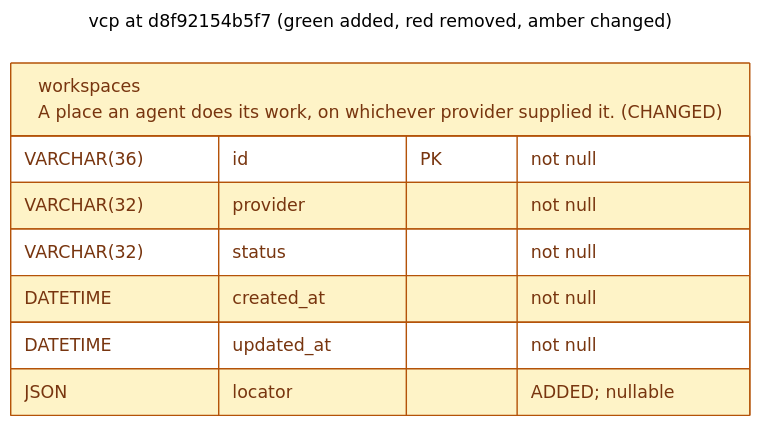
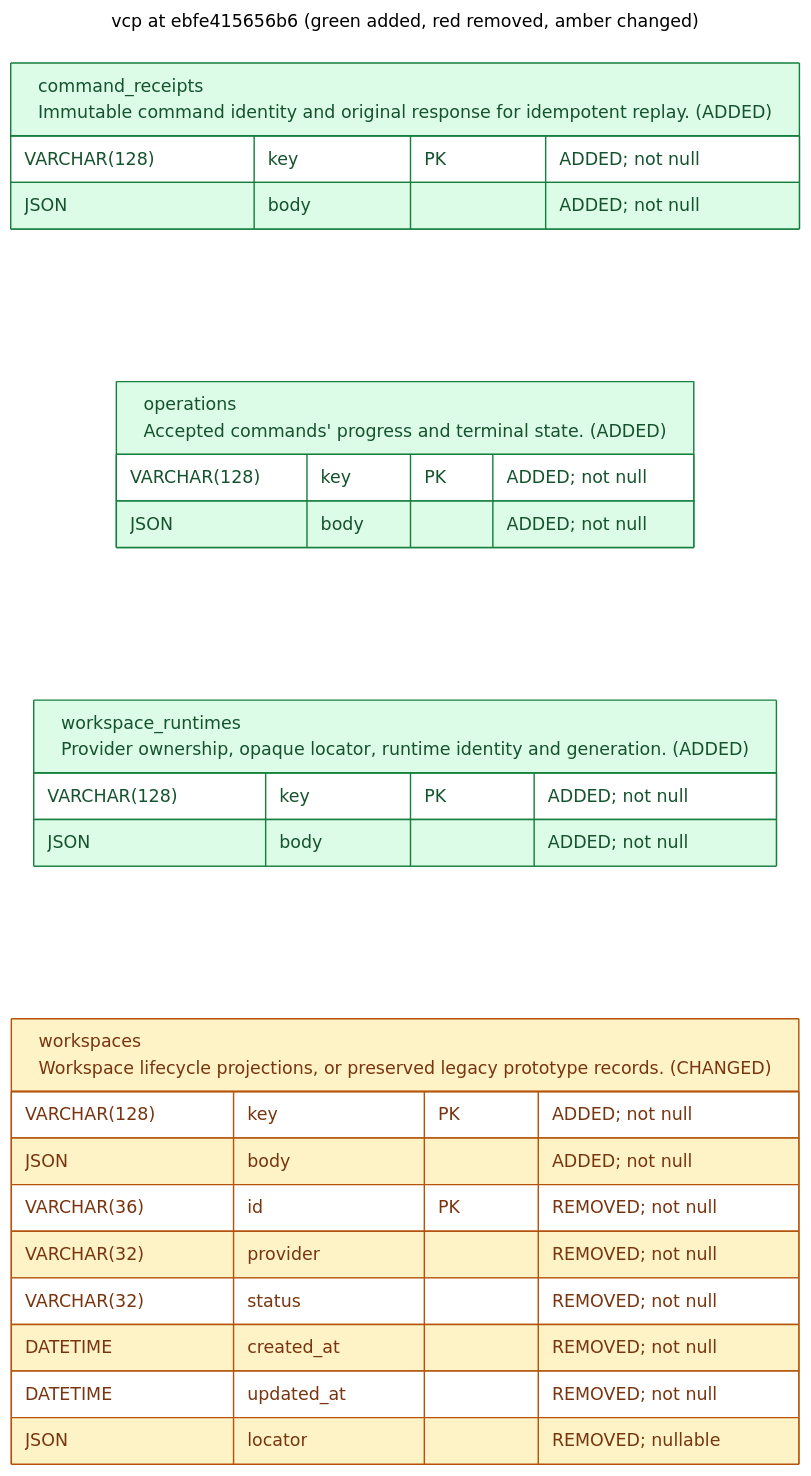
The diagram in v2/docs/schema/latest_vcp.mermaid (OpenEngine/OpenEngine), drawn with Mermaid before and after one commit. The commit also changed 20 other files, not shown here.

Commit message:
feat(v2-vcp): finish four-table lifecycle persistence

```diff
--- a/v2/docs/schema/latest_vcp.mermaid
+++ b/v2/docs/schema/latest_vcp.mermaid
@@ -1,22 +1,39 @@
 ---
-title: vcp at d8f92154b5f7 (green added, red removed, amber changed)
+title: vcp at ebfe415656b6 (green added, red removed, amber changed)
 config:
   theme: neutral
 ---
 erDiagram
     direction LR
     %% REMOVED tables/columns are tombstones, absent from this revision's schema.
     %% Column changes include type, nullability, default and key membership.
     %% Table changes also include indexes and constraints.
     classDef added fill:#dcfce7,stroke:#15803d,color:#14532d
     classDef removed fill:#fee2e2,stroke:#b91c1c,color:#7f1d1d
     classDef changed fill:#fef3c7,stroke:#b45309,color:#78350f
-    workspaces["workspaces<br/>A place an agent does its work, on whichever provider supplied it. (CHANGED)"] {
-        VARCHAR(36) id PK "not null"
-        VARCHAR(32) provider "not null"
-        VARCHAR(32) status "not null"
-        DATETIME created_at "not null"
-        DATETIME updated_at "not null"
-        JSON locator "ADDED; nullable"
+    command_receipts["command_receipts<br/>Immutable command identity and original response for idempotent replay. (ADDED)"] {
+        VARCHAR(128) key PK "ADDED; not null"
+        JSON body "ADDED; not null"
+    }
+    class command_receipts added
+    operations["operations<br/>Accepted commands' progress and terminal state. (ADDED)"] {
+        VARCHAR(128) key PK "ADDED; not null"
+        JSON body "ADDED; not null"
+    }
+    class operations added
+    workspace_runtimes["workspace_runtimes<br/>Provider ownership, opaque locator, runtime identity and generation. (ADDED)"] {
+        VARCHAR(128) key PK "ADDED; not null"
+        JSON body "ADDED; not null"
+    }
+    class workspace_runtimes added
+    workspaces["workspaces<br/>Workspace lifecycle projections, or preserved legacy prototype records. (CHANGED)"] {
+        VARCHAR(128) key PK "ADDED; not null"
+        JSON body "ADDED; not null"
+        VARCHAR(36) id PK "REMOVED; not null"
+        VARCHAR(32) provider "REMOVED; not null"
+        VARCHAR(32) status "REMOVED; not null"
+        DATETIME created_at "REMOVED; not null"
+        DATETIME updated_at "REMOVED; not null"
+        JSON locator "REMOVED; nullable"
     }
     class workspaces changed
```
